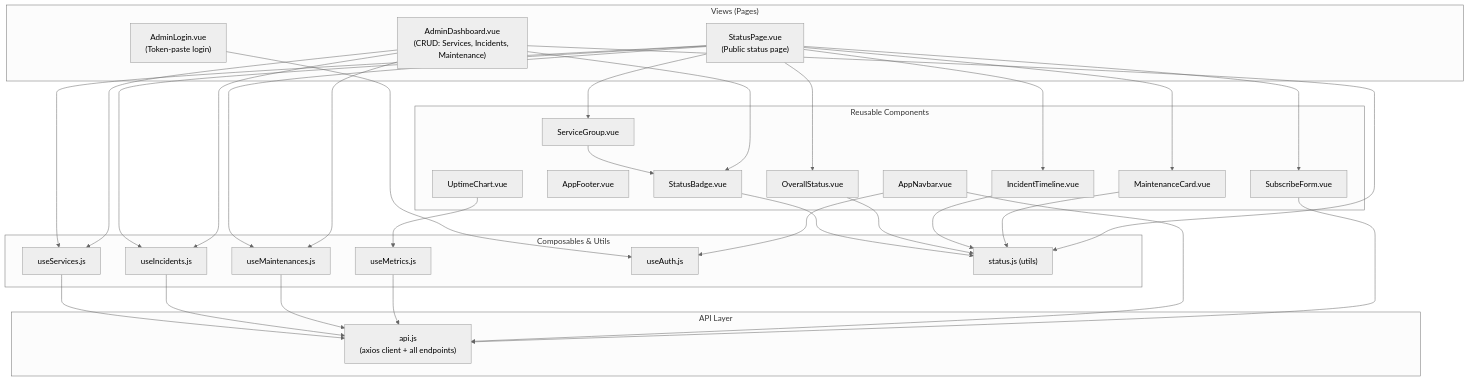
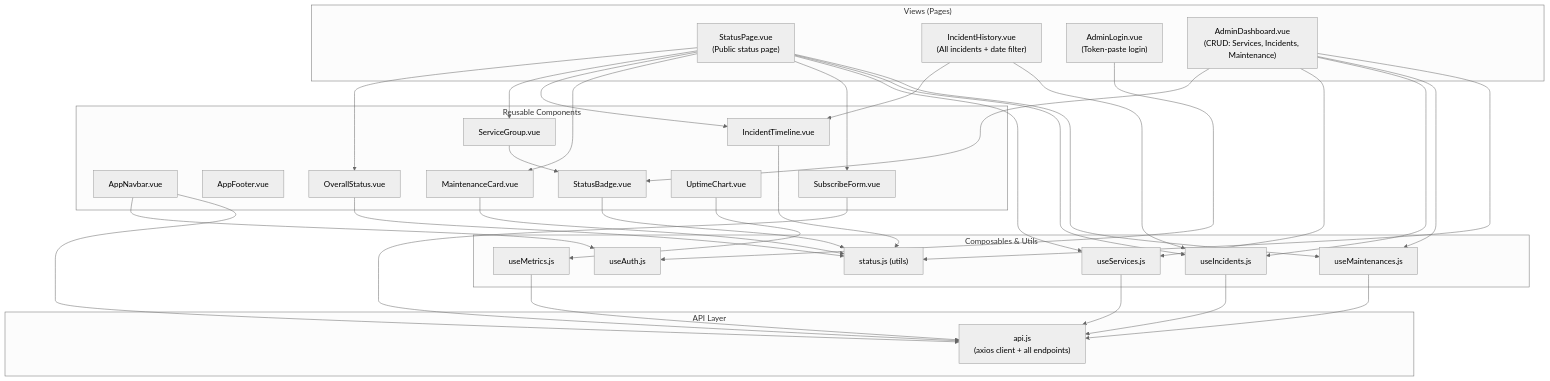
The second of 6 diagrams in docs/architecture.md (nasqueron/servpulse), drawn with Mermaid (neutral theme) before and after one commit. The commit also changed 7 other files, not shown here.

First line of the commit message:
Add incident history page with date filter

````diff
--- a/docs/architecture.md
+++ b/docs/architecture.md
@@ -19,64 +19,67 @@
 ```mermaid
 flowchart TB
     subgraph Views["Views (Pages)"]
         SP["StatusPage.vue\n(Public status page)"]
+        IH["IncidentHistory.vue\n(All incidents + date filter)"]
         AL["AdminLogin.vue\n(Token-paste login)"]
         AD["AdminDashboard.vue\n(CRUD: Services, Incidents, Maintenance)"]
     end
 
     subgraph Components["Reusable Components"]
         AN["AppNavbar.vue"]
         AF["AppFooter.vue"]
         OS["OverallStatus.vue"]
         SG["ServiceGroup.vue"]
         SB["StatusBadge.vue"]
         IT["IncidentTimeline.vue"]
         MC["MaintenanceCard.vue"]
         UC["UptimeChart.vue"]
         SF["SubscribeForm.vue"]
     end
 
     subgraph Logic["Composables & Utils"]
         US["useServices.js"]
         UI["useIncidents.js"]
         UM["useMaintenances.js"]
         UMT["useMetrics.js"]
         UA["useAuth.js"]
         ST["status.js (utils)"]
     end
 
     subgraph API["API Layer"]
         AC["api.js\n(axios client + all endpoints)"]
     end
 
     SP --> OS
     SP --> SG
     SP --> IT
     SP --> MC
     SP --> SF
+    IH --> IT
     SG --> SB
     AD --> SB
 
     SP --> US
     SP --> UI
     SP --> UM
+    IH --> UI
     AD --> US
     AD --> UI
     AD --> UM
     AL --> UA
     AN --> UA
     UC --> UMT
 
     US --> AC
     UI --> AC
     UM --> AC
     UMT --> AC
     AN --> AC
     SF --> AC
 
     SB --> ST
     OS --> ST
     IT --> ST
     MC --> ST
     AD --> ST
 ```
````
